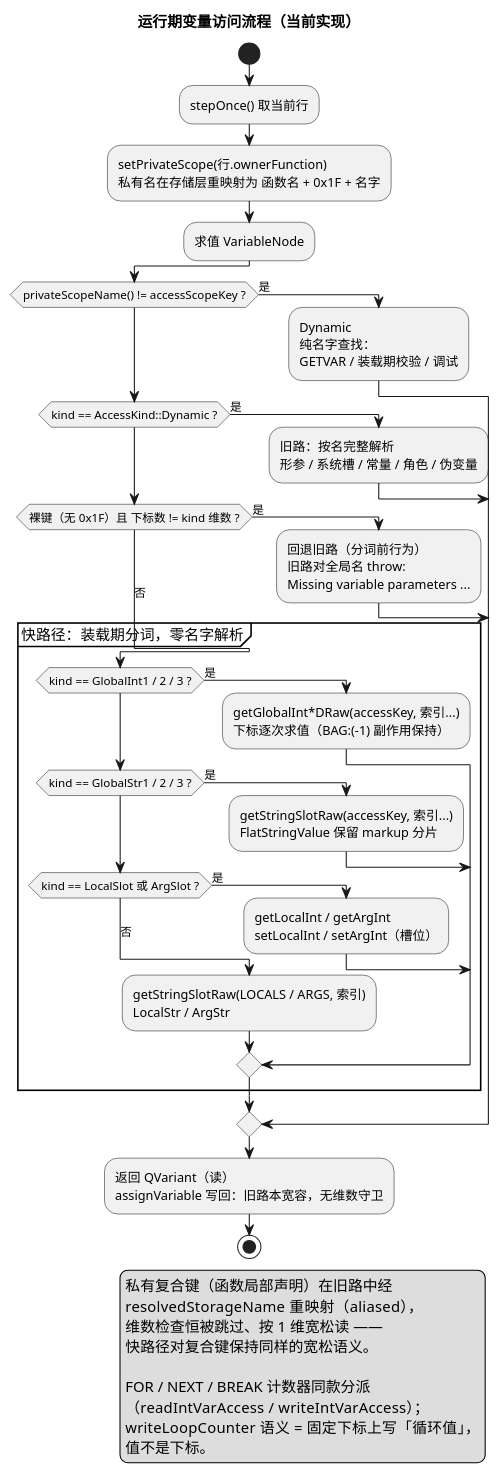
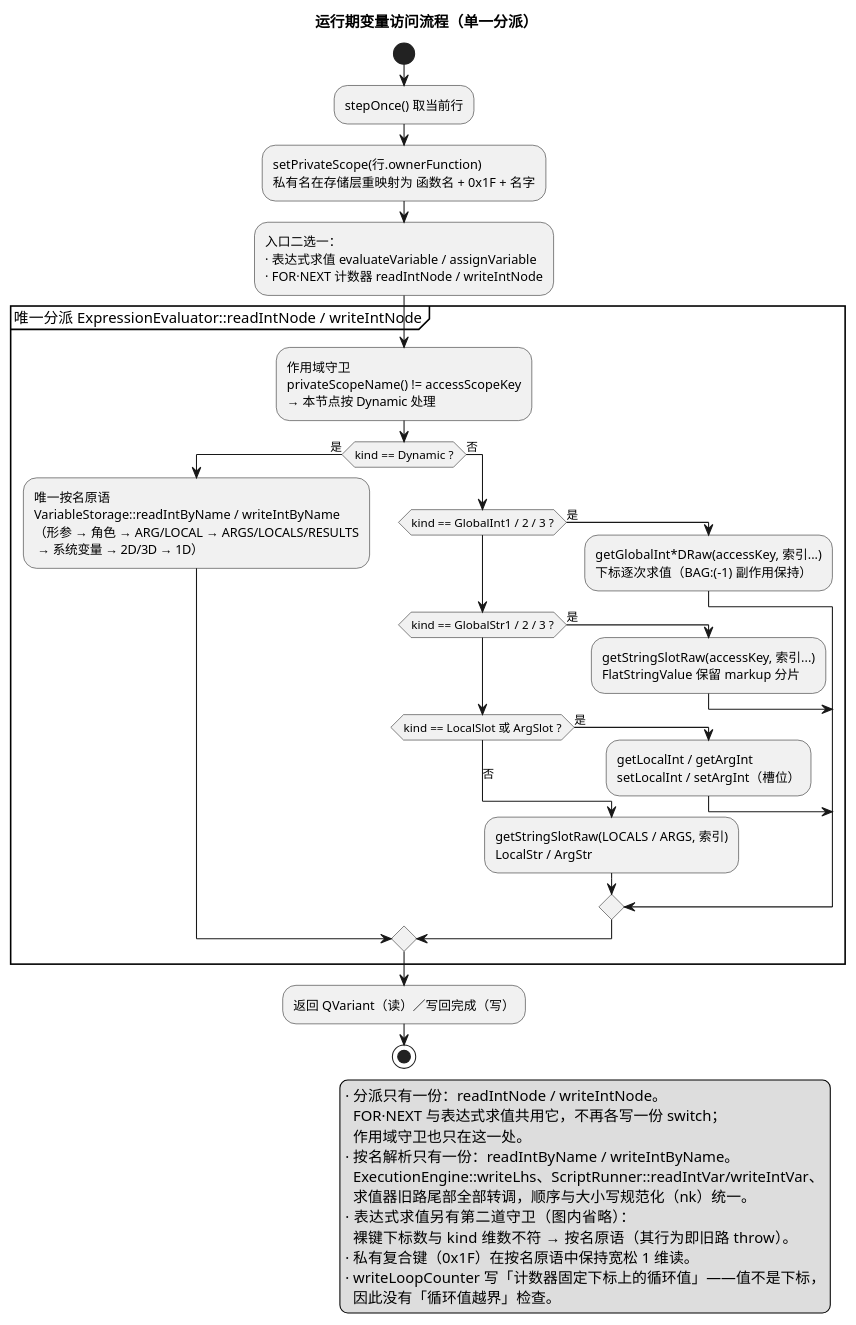
Before and after one commit to yigekuyou/qt-eraemu: the diagram in docs/uml/05-variable-access.puml, drawn with PlantUML. The commit also changed 18 other files, not shown here.

```diff
--- a/docs/uml/05-variable-access.puml
+++ b/docs/uml/05-variable-access.puml
@@ -1,58 +1,59 @@
 @startuml 05-variable-access
 ' 无 graphviz(dot) 时用 PlantUML 内置 smetana 布局引擎
 !pragma layout smetana
 ' 竖直排列 if/elseif，避免横向漂移（旧版本忽略此行也能渲染）
 !pragma useVerticalIf on
-' emuera —— 运行期变量访问（装载期分词 + 两道守卫 + 旧路回退）
+' emuera —— 运行期变量访问：两条入口 → 唯一分派 → 唯一按名原语
 ' 渲染：plantuml -tpng docs/uml/05-variable-access.puml
-title 运行期变量访问流程（当前实现）
+title 运行期变量访问流程（单一分派）
 
 start
 :stepOnce() 取当前行;
 :setPrivateScope(行.ownerFunction)
 私有名在存储层重映射为 函数名 + 0x1F + 名字;
-:求值 VariableNode;
-if (privateScopeName() != accessScopeKey ?) then (是)
-  :Dynamic
-  纯名字查找：
-  GETVAR / 装载期校验 / 调试;
-elseif (kind == AccessKind::Dynamic ?) then (是)
-  :旧路：按名完整解析
-  形参 / 系统槽 / 常量 / 角色 / 伪变量;
-elseif (裸键（无 0x1F）且 下标数 != kind 维数 ?) then (是)
-  :回退旧路（分词前行为）
-  旧路对全局名 throw:
-  Missing variable parameters ...;
-else (否)
-  partition "快路径：装载期分词，零名字解析" {
+:入口二选一：
+· 表达式求值 evaluateVariable / assignVariable
+· FOR·NEXT 计数器 readIntNode / writeIntNode;
+
+partition "唯一分派 ExpressionEvaluator::readIntNode / writeIntNode" {
+  :作用域守卫
+  privateScopeName() != accessScopeKey
+  → 本节点按 Dynamic 处理;
+  if (kind == Dynamic ?) then (是)
+    :唯一按名原语
+    VariableStorage::readIntByName / writeIntByName
+    （形参 → 角色 → ARG/LOCAL → ARGS/LOCALS/RESULTS
+     → 系统变量 → 2D/3D → 1D）;
+  else (否)
     if (kind == GlobalInt1 / 2 / 3 ?) then (是)
       :getGlobalInt*DRaw(accessKey, 索引...)
       下标逐次求值（BAG:(-1) 副作用保持）;
     elseif (kind == GlobalStr1 / 2 / 3 ?) then (是)
       :getStringSlotRaw(accessKey, 索引...)
       FlatStringValue 保留 markup 分片;
     elseif (kind == LocalSlot 或 ArgSlot ?) then (是)
       :getLocalInt / getArgInt
       setLocalInt / setArgInt（槽位）;
     else (否)
       :getStringSlotRaw(LOCALS / ARGS, 索引)
       LocalStr / ArgStr;
     endif
-  }
-endif
-:返回 QVariant（读）
-assignVariable 写回：旧路本宽容，无维数守卫;
+  endif
+}
+:返回 QVariant（读）／写回完成（写）;
 stop
 
 legend right
-  私有复合键（函数局部声明）在旧路中经
-  resolvedStorageName 重映射（aliased），
-  维数检查恒被跳过、按 1 维宽松读 ——
-  快路径对复合键保持同样的宽松语义。
-
-  FOR / NEXT / BREAK 计数器同款分派
-  （readIntVarAccess / writeIntVarAccess）；
-  writeLoopCounter 语义 = 固定下标上写「循环值」，
-  值不是下标。
+  · 分派只有一份：readIntNode / writeIntNode。
+    FOR·NEXT 与表达式求值共用它，不再各写一份 switch；
+    作用域守卫也只在这一处。
+  · 按名解析只有一份：readIntByName / writeIntByName。
+    ExecutionEngine::writeLhs、ScriptRunner::readIntVar/writeIntVar、
+    求值器旧路尾部全部转调，顺序与大小写规范化（nk）统一。
+  · 表达式求值另有第二道守卫（图内省略）：
+    裸键下标数与 kind 维数不符 → 按名原语（其行为即旧路 throw）。
+  · 私有复合键（0x1F）在按名原语中保持宽松 1 维读。
+  · writeLoopCounter 写「计数器固定下标上的循环值」——值不是下标，
+    因此没有「循环值越界」检查。
 endlegend
 @enduml
```
